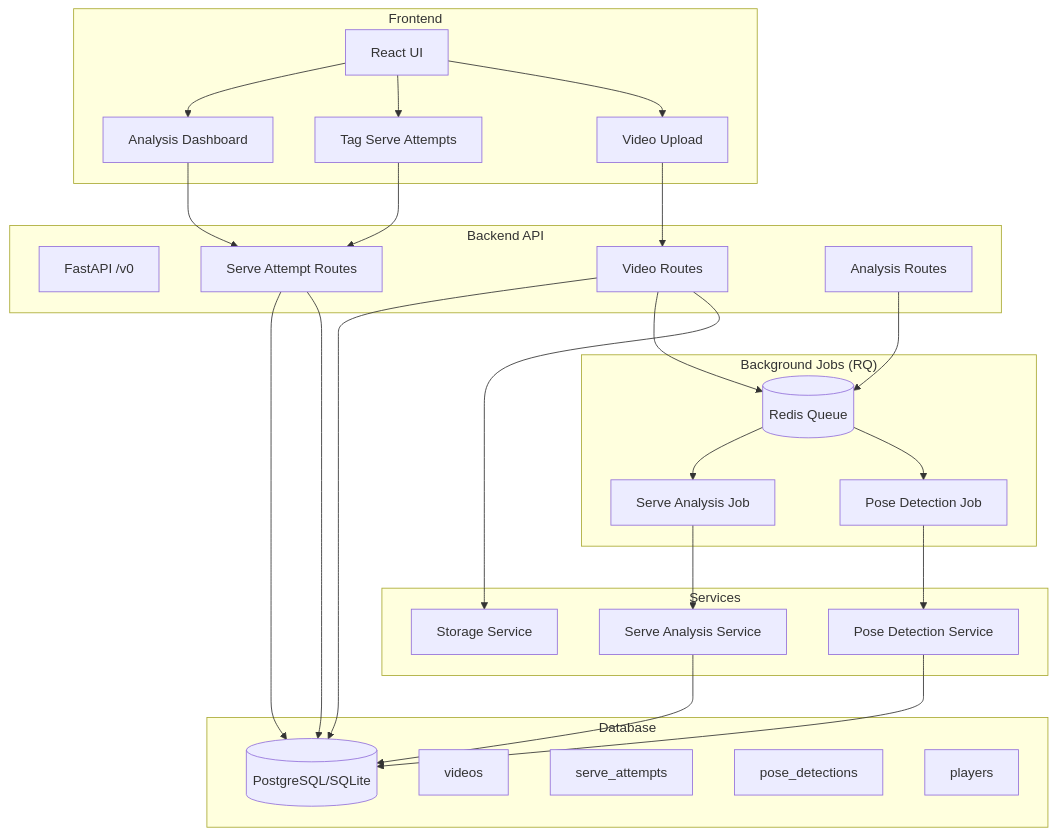
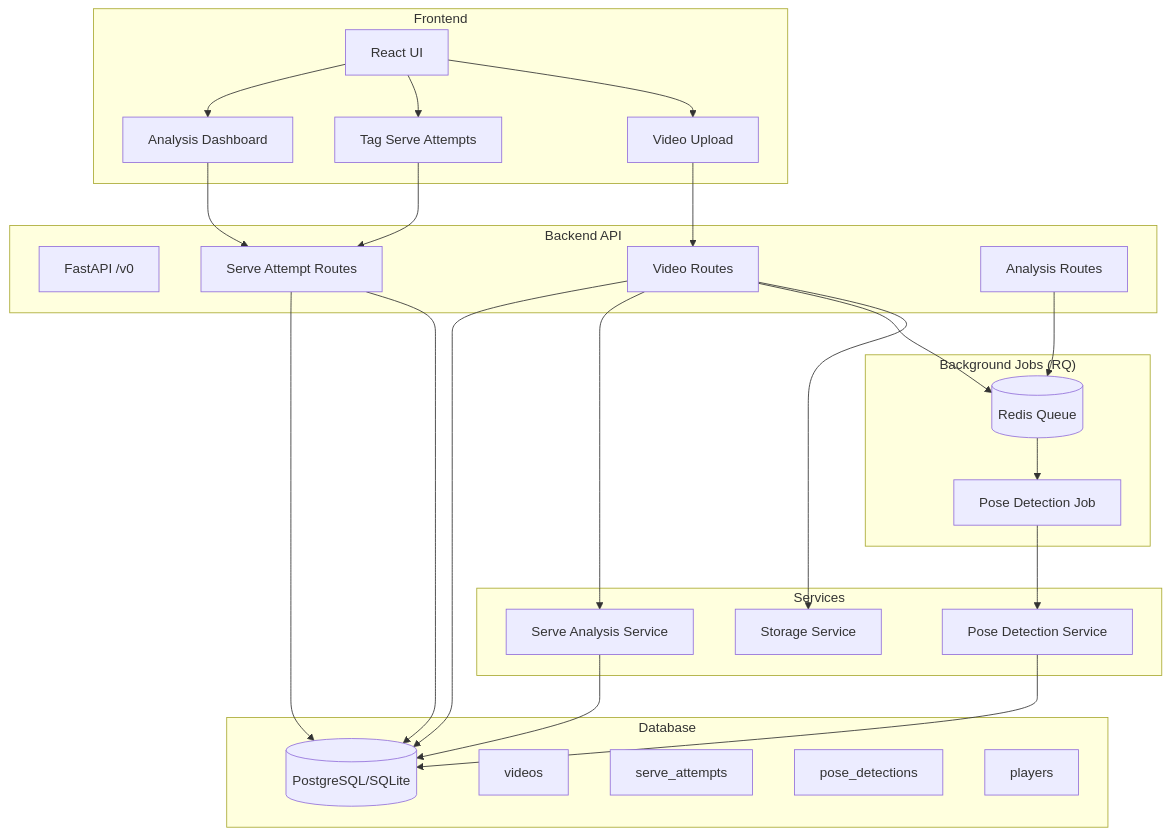
Before and after one commit to aseda-sam/tennis_coach_app: the first of 3 diagrams in .cursor/plans/serve_mvp_backend_refactor_22e6c4fc.plan.md, drawn with Mermaid. The commit also changed other lines of this file and 14 other files, not shown here.

````diff
--- a/.cursor/plans/serve_mvp_backend_refactor_22e6c4fc.plan.md
+++ b/.cursor/plans/serve_mvp_backend_refactor_22e6c4fc.plan.md
@@ -25,60 +25,58 @@
 ```mermaid
 graph TB
     subgraph "Frontend"
         UI[React UI]
         Upload[Video Upload]
         Tag[Tag Serve Attempts]
         Dashboard[Analysis Dashboard]
     end
 
     subgraph "Backend API"
         API[FastAPI /v0]
         VideoRoute[Video Routes]
         ServeRoute[Serve Attempt Routes]
         AnalysisRoute[Analysis Routes]
     end
 
     subgraph "Background Jobs (RQ)"
         Redis[(Redis Queue)]
         PoseJob[Pose Detection Job]
-        ServeJob[Serve Analysis Job]
     end
 
     subgraph "Services"
         PoseService[Pose Detection Service]
         ServeService[Serve Analysis Service]
         StorageService[Storage Service]
     end
 
     subgraph "Database"
         DB[(PostgreSQL/SQLite)]
         Videos[videos]
         ServeAttempts[serve_attempts]
         PoseDetections[pose_detections]
         Players[players]
     end
 
     UI --> Upload
     Upload --> VideoRoute
     UI --> Tag
     Tag --> ServeRoute
     UI --> Dashboard
     Dashboard --> ServeRoute
 
     VideoRoute --> StorageService
     VideoRoute --> Redis
     ServeRoute --> DB
     AnalysisRoute --> Redis
+    VideoRoute --> ServeService
 
     Redis --> PoseJob
-    Redis --> ServeJob
 
     PoseJob --> PoseService
-    ServeJob --> ServeService
 
     PoseService --> DB
     ServeService --> DB
 
     VideoRoute --> DB
     ServeRoute --> DB
 ```
````
